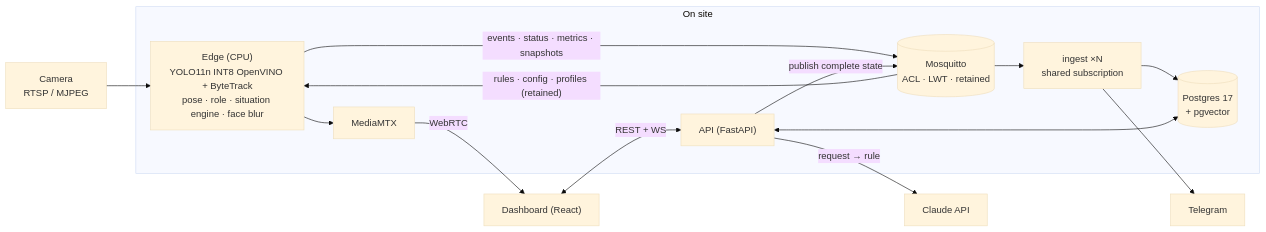
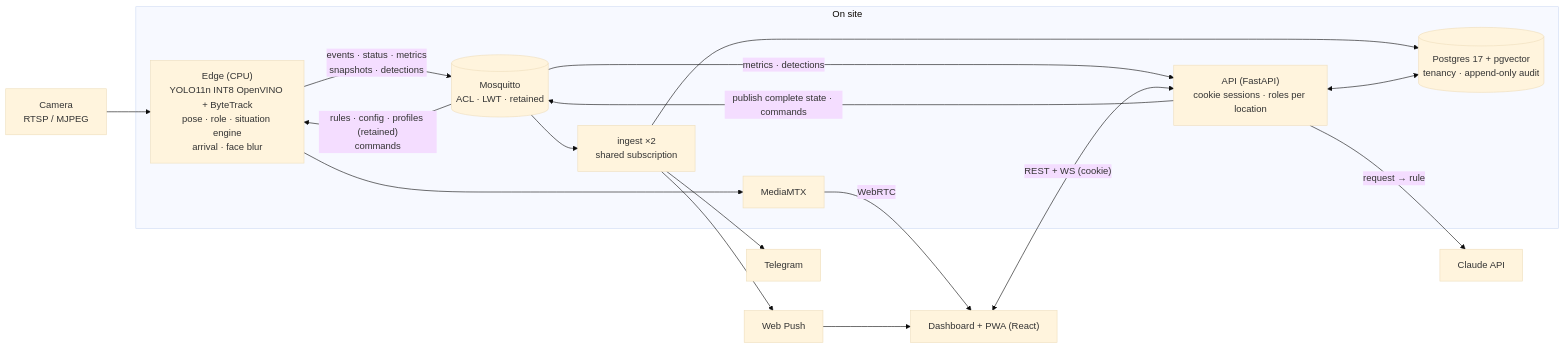
Before and after one commit to mariusbuharu-gsd/aivee: the diagram in README.md, drawn with Mermaid (base theme). The commit also changed other lines of this file and 9 other files, not shown here.

First line of the commit message:
docs: refresh README, architecture, handbooks; add ADRs 0007–0010 and demo script (#27)

````diff
--- a/README.md
+++ b/README.md
@@ -35,21 +40,24 @@
 ```mermaid
 flowchart LR
     cam["Camera<br/>RTSP / MJPEG"] --> edge
     subgraph site["On site"]
-        edge["Edge (CPU)<br/>YOLO11n INT8 OpenVINO + ByteTrack<br/>pose · role · situation engine · face blur"]
+        edge["Edge (CPU)<br/>YOLO11n INT8 OpenVINO + ByteTrack<br/>pose · role · situation engine<br/>arrival · face blur"]
         mq[("Mosquitto<br/>ACL · LWT · retained")]
-        ing["ingest ×N<br/>shared subscription"]
-        pg[("Postgres 17<br/>+ pgvector")]
-        api["API (FastAPI)"]
+        ing["ingest ×2<br/>shared subscription"]
+        pg[("Postgres 17 + pgvector<br/>tenancy · append-only audit")]
+        api["API (FastAPI)<br/>cookie sessions · roles per location"]
         mtx["MediaMTX"]
     end
-    edge -- "events · status · metrics · snapshots" --> mq
-    mq -- "rules · config · profiles (retained)" --> edge
+    edge -- "events · status · metrics<br/>snapshots · detections" --> mq
+    mq -- "rules · config · profiles (retained)<br/>commands" --> edge
     mq --> ing --> pg
     ing --> tg["Telegram"]
+    ing --> wp["Web Push"]
     api <--> pg
-    api -- "publish complete state" --> mq
+    api -- "publish complete state · commands" --> mq
+    mq -- "metrics · detections" --> api
     api -- "request → rule" --> claude["Claude API"]
-    dash["Dashboard (React)"] <-- "REST + WS" --> api
+    dash["Dashboard + PWA (React)"] <-- "REST + WS (cookie)" --> api
     edge --> mtx -- WebRTC --> dash
+    wp --> dash
 ```
````
